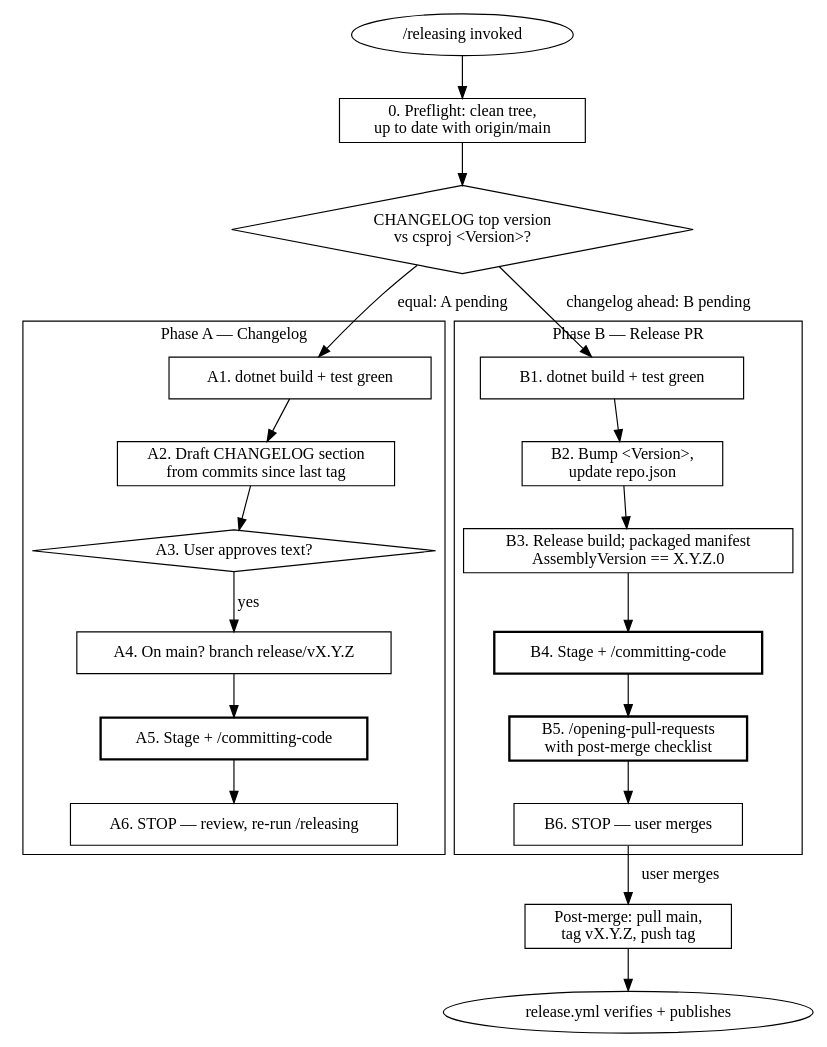
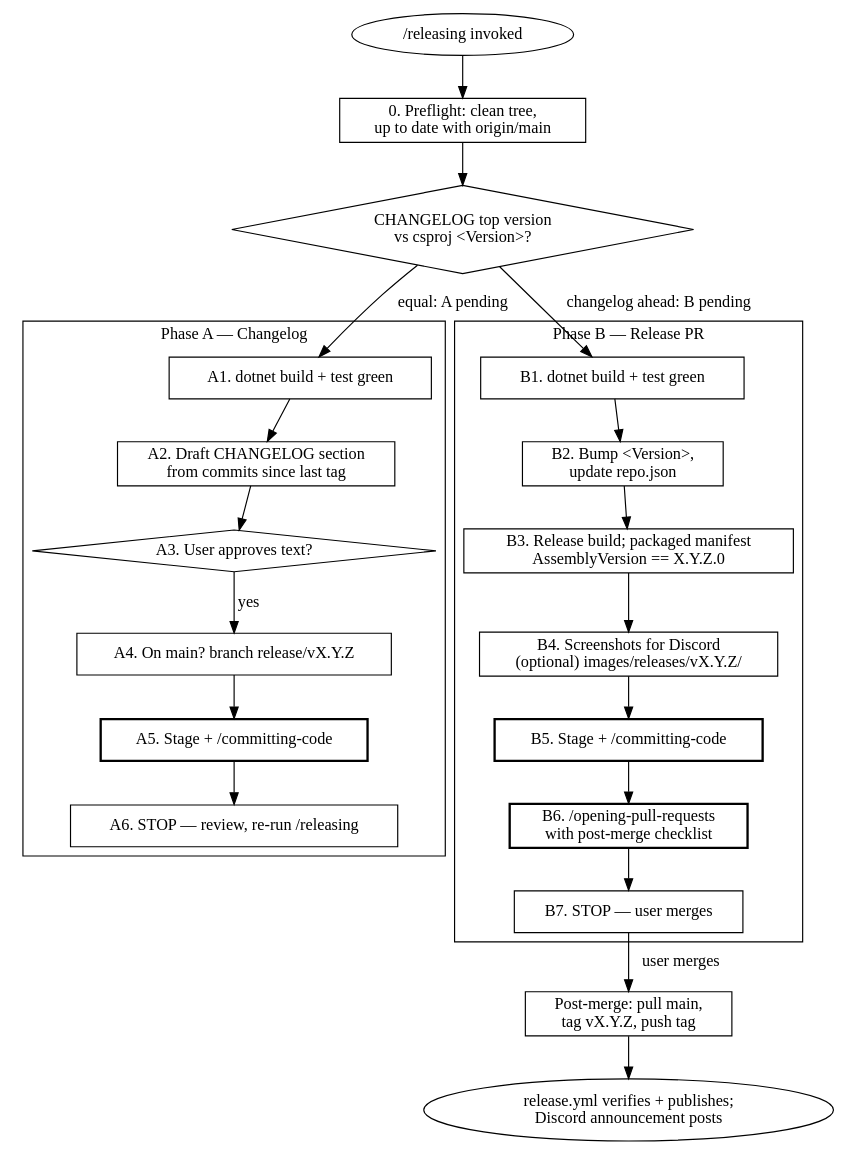
Before and after one commit to noranda/xiv-shinies-plugin: the diagram in .claude/skills/releasing/SKILL.md, drawn with Graphviz. The commit also changed other lines of this file and 28 other files, not shown here.

````diff
--- a/.claude/skills/releasing/SKILL.md
+++ b/.claude/skills/releasing/SKILL.md
@@ -57,41 +61,42 @@
 ```dot
 digraph release_flow {
     rankdir=TB;
     invoke [label="/releasing invoked" shape=oval];
     preflight [label="0. Preflight: clean tree,\nup to date with origin/main" shape=box];
     detect [label="CHANGELOG top version\nvs csproj <Version>?" shape=diamond];
 
     subgraph cluster_a {
         label="Phase A — Changelog";
         a_gates [label="A1. dotnet build + test green" shape=box];
         a_draft [label="A2. Draft CHANGELOG section\nfrom commits since last tag" shape=box];
         a_approve [label="A3. User approves text?" shape=diamond];
         a_branch [label="A4. On main? branch release/vX.Y.Z" shape=box];
         a_commit [label="A5. Stage + /committing-code" shape=box style=bold];
         a_stop [label="A6. STOP — review, re-run /releasing" shape=box];
     }
 
     subgraph cluster_b {
         label="Phase B — Release PR";
         b_gates [label="B1. dotnet build + test green" shape=box];
         b_edit [label="B2. Bump <Version>,\nupdate repo.json" shape=box];
         b_verify [label="B3. Release build; packaged manifest\nAssemblyVersion == X.Y.Z.0" shape=box];
-        b_commit [label="B4. Stage + /committing-code" shape=box style=bold];
-        b_pr [label="B5. /opening-pull-requests\nwith post-merge checklist" shape=box style=bold];
-        b_stop [label="B6. STOP — user merges" shape=box];
+        b_shots [label="B4. Screenshots for Discord\n(optional) images/releases/vX.Y.Z/" shape=box];
+        b_commit [label="B5. Stage + /committing-code" shape=box style=bold];
+        b_pr [label="B6. /opening-pull-requests\nwith post-merge checklist" shape=box style=bold];
+        b_stop [label="B7. STOP — user merges" shape=box];
     }
 
     tag [label="Post-merge: pull main,\ntag vX.Y.Z, push tag" shape=box];
-    ci [label="release.yml verifies + publishes" shape=oval];
+    ci [label="release.yml verifies + publishes;\nDiscord announcement posts" shape=oval];
 
     invoke -> preflight -> detect;
     detect -> a_gates [label="equal: A pending"];
     detect -> b_gates [label="changelog ahead: B pending"];
     a_gates -> a_draft -> a_approve;
     a_approve -> a_branch [label="yes"];
     a_branch -> a_commit -> a_stop;
-    b_gates -> b_edit -> b_verify -> b_commit -> b_pr -> b_stop;
+    b_gates -> b_edit -> b_verify -> b_shots -> b_commit -> b_pr -> b_stop;
     b_stop -> tag [label="user merges"];
     tag -> ci;
 }
 ```
````
